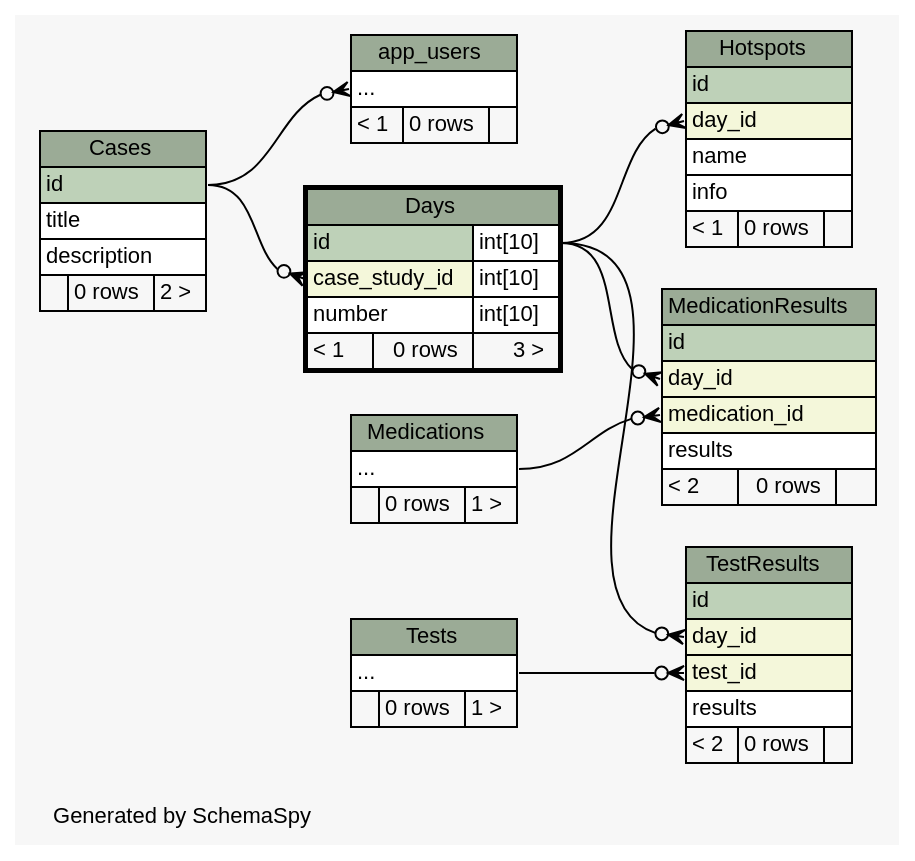
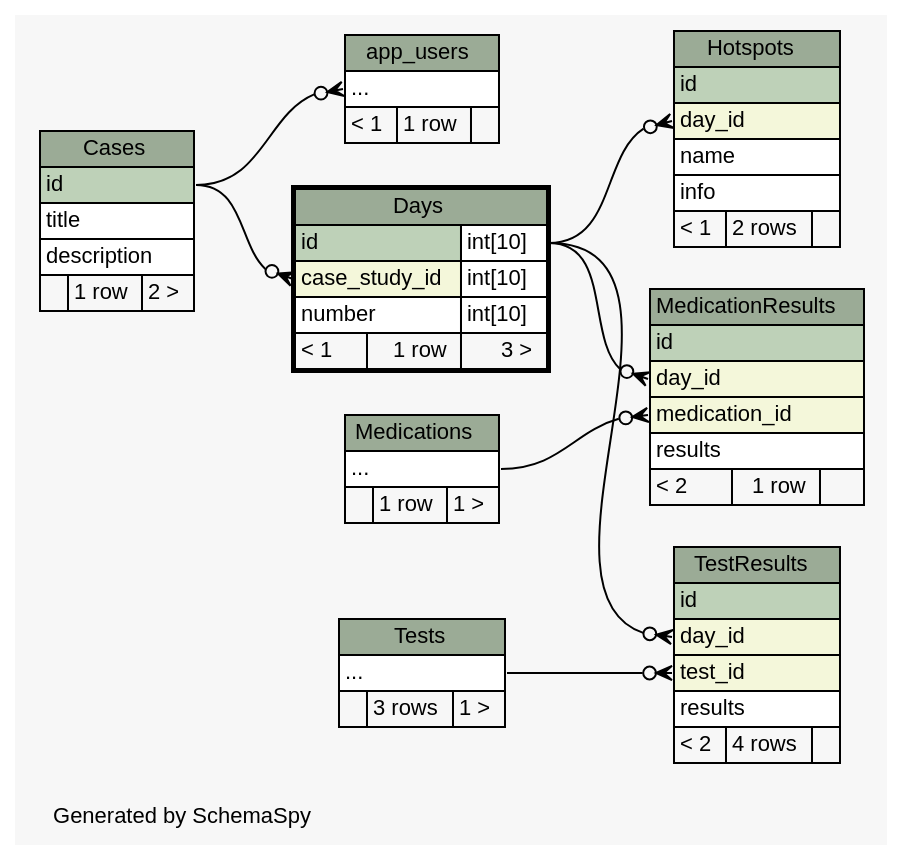
Before and after one commit to carrel2/CaseStudies: the diagram in web/files/schema/diagrams/Days.2degrees.dot, drawn with Graphviz. The commit also changed 58 other files, not shown here.

Commit message:
Start to update controllers to use new database schema.

```diff
--- a/web/files/schema/diagrams/Days.2degrees.dot
+++ b/web/files/schema/diagrams/Days.2degrees.dot
@@ -1,122 +1,122 @@
 // dot 2.38.0 on Linux 4.4.0-62-generic
 // SchemaSpy rev 590
 digraph "twoDegreesRelationshipsDiagram" {
   graph [
     rankdir="RL"
     bgcolor="#f7f7f7"
     label="\nGenerated by SchemaSpy"
     labeljust="l"
     nodesep="0.18"
     ranksep="0.46"
     fontname="Helvetica"
     fontsize="11"
   ];
   node [
     fontname="Helvetica"
     fontsize="11"
     shape="plaintext"
   ];
   edge [
     arrowsize="0.8"
   ];
   "app_users":"elipses":w -> "Cases":"id":e [arrowhead=none dir=back arrowtail=crowodot];
   "Days":"case_study_id":w -> "Cases":"id":e [arrowhead=none dir=back arrowtail=crowodot];
   "Hotspots":"day_id":w -> "Days":"id.type":e [arrowhead=none dir=back arrowtail=crowodot];
   "MedicationResults":"day_id":w -> "Days":"id.type":e [arrowhead=none dir=back arrowtail=crowodot];
   "MedicationResults":"medication_id":w -> "Medications":"elipses":e [arrowhead=none dir=back arrowtail=crowodot];
   "TestResults":"day_id":w -> "Days":"id.type":e [arrowhead=none dir=back arrowtail=crowodot];
   "TestResults":"test_id":w -> "Tests":"elipses":e [arrowhead=none dir=back arrowtail=crowodot];
   "app_users" [
     label=<
     <TABLE BORDER="0" CELLBORDER="1" CELLSPACING="0" BGCOLOR="#ffffff">
       <TR><TD COLSPAN="3" BGCOLOR="#9bab96" ALIGN="CENTER">app_users</TD></TR>
       <TR><TD PORT="elipses" COLSPAN="3" ALIGN="LEFT">...</TD></TR>
-      <TR><TD ALIGN="LEFT" BGCOLOR="#f7f7f7">&lt; 1</TD><TD ALIGN="RIGHT" BGCOLOR="#f7f7f7">0 rows</TD><TD ALIGN="RIGHT" BGCOLOR="#f7f7f7">  </TD></TR>
+      <TR><TD ALIGN="LEFT" BGCOLOR="#f7f7f7">&lt; 1</TD><TD ALIGN="RIGHT" BGCOLOR="#f7f7f7">1 row</TD><TD ALIGN="RIGHT" BGCOLOR="#f7f7f7">  </TD></TR>
     </TABLE>>
     URL="app_users.html"
     tooltip="app_users"
   ];
   "Cases" [
     label=<
     <TABLE BORDER="0" CELLBORDER="1" CELLSPACING="0" BGCOLOR="#ffffff">
       <TR><TD COLSPAN="3" BGCOLOR="#9bab96" ALIGN="CENTER">Cases</TD></TR>
       <TR><TD PORT="id" COLSPAN="3" BGCOLOR="#bed1b8" ALIGN="LEFT">id</TD></TR>
       <TR><TD PORT="title" COLSPAN="3" ALIGN="LEFT">title</TD></TR>
       <TR><TD PORT="description" COLSPAN="3" ALIGN="LEFT">description</TD></TR>
-      <TR><TD ALIGN="LEFT" BGCOLOR="#f7f7f7">  </TD><TD ALIGN="RIGHT" BGCOLOR="#f7f7f7">0 rows</TD><TD ALIGN="RIGHT" BGCOLOR="#f7f7f7">2 &gt;</TD></TR>
+      <TR><TD ALIGN="LEFT" BGCOLOR="#f7f7f7">  </TD><TD ALIGN="RIGHT" BGCOLOR="#f7f7f7">1 row</TD><TD ALIGN="RIGHT" BGCOLOR="#f7f7f7">2 &gt;</TD></TR>
     </TABLE>>
     URL="Cases.html"
     tooltip="Cases"
   ];
   "Days" [
     label=<
     <TABLE BORDER="2" CELLBORDER="1" CELLSPACING="0" BGCOLOR="#ffffff">
       <TR><TD COLSPAN="3" BGCOLOR="#9bab96" ALIGN="CENTER">Days</TD></TR>
       <TR><TD PORT="id" COLSPAN="2" BGCOLOR="#bed1b8" ALIGN="LEFT">id</TD><TD PORT="id.type" ALIGN="LEFT">int[10]</TD></TR>
       <TR><TD PORT="case_study_id" COLSPAN="2" BGCOLOR="#f4f7da" ALIGN="LEFT">case_study_id</TD><TD PORT="case_study_id.type" ALIGN="LEFT">int[10]</TD></TR>
       <TR><TD PORT="number" COLSPAN="2" ALIGN="LEFT">number</TD><TD PORT="number.type" ALIGN="LEFT">int[10]</TD></TR>
-      <TR><TD ALIGN="LEFT" BGCOLOR="#f7f7f7">&lt; 1</TD><TD ALIGN="RIGHT" BGCOLOR="#f7f7f7">0 rows</TD><TD ALIGN="RIGHT" BGCOLOR="#f7f7f7">3 &gt;</TD></TR>
+      <TR><TD ALIGN="LEFT" BGCOLOR="#f7f7f7">&lt; 1</TD><TD ALIGN="RIGHT" BGCOLOR="#f7f7f7">1 row</TD><TD ALIGN="RIGHT" BGCOLOR="#f7f7f7">3 &gt;</TD></TR>
     </TABLE>>
     URL="Days.html"
     tooltip="Days"
   ];
   "Hotspots" [
     label=<
     <TABLE BORDER="0" CELLBORDER="1" CELLSPACING="0" BGCOLOR="#ffffff">
       <TR><TD COLSPAN="3" BGCOLOR="#9bab96" ALIGN="CENTER">Hotspots</TD></TR>
       <TR><TD PORT="id" COLSPAN="3" BGCOLOR="#bed1b8" ALIGN="LEFT">id</TD></TR>
       <TR><TD PORT="day_id" COLSPAN="3" BGCOLOR="#f4f7da" ALIGN="LEFT">day_id</TD></TR>
       <TR><TD PORT="name" COLSPAN="3" ALIGN="LEFT">name</TD></TR>
       <TR><TD PORT="info" COLSPAN="3" ALIGN="LEFT">info</TD></TR>
-      <TR><TD ALIGN="LEFT" BGCOLOR="#f7f7f7">&lt; 1</TD><TD ALIGN="RIGHT" BGCOLOR="#f7f7f7">0 rows</TD><TD ALIGN="RIGHT" BGCOLOR="#f7f7f7">  </TD></TR>
+      <TR><TD ALIGN="LEFT" BGCOLOR="#f7f7f7">&lt; 1</TD><TD ALIGN="RIGHT" BGCOLOR="#f7f7f7">2 rows</TD><TD ALIGN="RIGHT" BGCOLOR="#f7f7f7">  </TD></TR>
     </TABLE>>
     URL="Hotspots.html"
     tooltip="Hotspots"
   ];
   "MedicationResults" [
     label=<
     <TABLE BORDER="0" CELLBORDER="1" CELLSPACING="0" BGCOLOR="#ffffff">
       <TR><TD COLSPAN="3" BGCOLOR="#9bab96" ALIGN="CENTER">MedicationResults</TD></TR>
       <TR><TD PORT="id" COLSPAN="3" BGCOLOR="#bed1b8" ALIGN="LEFT">id</TD></TR>
       <TR><TD PORT="day_id" COLSPAN="3" BGCOLOR="#f4f7da" ALIGN="LEFT">day_id</TD></TR>
       <TR><TD PORT="medication_id" COLSPAN="3" BGCOLOR="#f4f7da" ALIGN="LEFT">medication_id</TD></TR>
       <TR><TD PORT="results" COLSPAN="3" ALIGN="LEFT">results</TD></TR>
-      <TR><TD ALIGN="LEFT" BGCOLOR="#f7f7f7">&lt; 2</TD><TD ALIGN="RIGHT" BGCOLOR="#f7f7f7">0 rows</TD><TD ALIGN="RIGHT" BGCOLOR="#f7f7f7">  </TD></TR>
+      <TR><TD ALIGN="LEFT" BGCOLOR="#f7f7f7">&lt; 2</TD><TD ALIGN="RIGHT" BGCOLOR="#f7f7f7">1 row</TD><TD ALIGN="RIGHT" BGCOLOR="#f7f7f7">  </TD></TR>
     </TABLE>>
     URL="MedicationResults.html"
     tooltip="MedicationResults"
   ];
   "Medications" [
     label=<
     <TABLE BORDER="0" CELLBORDER="1" CELLSPACING="0" BGCOLOR="#ffffff">
       <TR><TD COLSPAN="3" BGCOLOR="#9bab96" ALIGN="CENTER">Medications</TD></TR>
       <TR><TD PORT="elipses" COLSPAN="3" ALIGN="LEFT">...</TD></TR>
-      <TR><TD ALIGN="LEFT" BGCOLOR="#f7f7f7">  </TD><TD ALIGN="RIGHT" BGCOLOR="#f7f7f7">0 rows</TD><TD ALIGN="RIGHT" BGCOLOR="#f7f7f7">1 &gt;</TD></TR>
+      <TR><TD ALIGN="LEFT" BGCOLOR="#f7f7f7">  </TD><TD ALIGN="RIGHT" BGCOLOR="#f7f7f7">1 row</TD><TD ALIGN="RIGHT" BGCOLOR="#f7f7f7">1 &gt;</TD></TR>
     </TABLE>>
     URL="Medications.html"
     tooltip="Medications"
   ];
   "TestResults" [
     label=<
     <TABLE BORDER="0" CELLBORDER="1" CELLSPACING="0" BGCOLOR="#ffffff">
       <TR><TD COLSPAN="3" BGCOLOR="#9bab96" ALIGN="CENTER">TestResults</TD></TR>
       <TR><TD PORT="id" COLSPAN="3" BGCOLOR="#bed1b8" ALIGN="LEFT">id</TD></TR>
       <TR><TD PORT="day_id" COLSPAN="3" BGCOLOR="#f4f7da" ALIGN="LEFT">day_id</TD></TR>
       <TR><TD PORT="test_id" COLSPAN="3" BGCOLOR="#f4f7da" ALIGN="LEFT">test_id</TD></TR>
       <TR><TD PORT="results" COLSPAN="3" ALIGN="LEFT">results</TD></TR>
-      <TR><TD ALIGN="LEFT" BGCOLOR="#f7f7f7">&lt; 2</TD><TD ALIGN="RIGHT" BGCOLOR="#f7f7f7">0 rows</TD><TD ALIGN="RIGHT" BGCOLOR="#f7f7f7">  </TD></TR>
+      <TR><TD ALIGN="LEFT" BGCOLOR="#f7f7f7">&lt; 2</TD><TD ALIGN="RIGHT" BGCOLOR="#f7f7f7">4 rows</TD><TD ALIGN="RIGHT" BGCOLOR="#f7f7f7">  </TD></TR>
     </TABLE>>
     URL="TestResults.html"
     tooltip="TestResults"
   ];
   "Tests" [
     label=<
     <TABLE BORDER="0" CELLBORDER="1" CELLSPACING="0" BGCOLOR="#ffffff">
       <TR><TD COLSPAN="3" BGCOLOR="#9bab96" ALIGN="CENTER">Tests</TD></TR>
       <TR><TD PORT="elipses" COLSPAN="3" ALIGN="LEFT">...</TD></TR>
-      <TR><TD ALIGN="LEFT" BGCOLOR="#f7f7f7">  </TD><TD ALIGN="RIGHT" BGCOLOR="#f7f7f7">0 rows</TD><TD ALIGN="RIGHT" BGCOLOR="#f7f7f7">1 &gt;</TD></TR>
+      <TR><TD ALIGN="LEFT" BGCOLOR="#f7f7f7">  </TD><TD ALIGN="RIGHT" BGCOLOR="#f7f7f7">3 rows</TD><TD ALIGN="RIGHT" BGCOLOR="#f7f7f7">1 &gt;</TD></TR>
     </TABLE>>
     URL="Tests.html"
     tooltip="Tests"
   ];
 }
```
